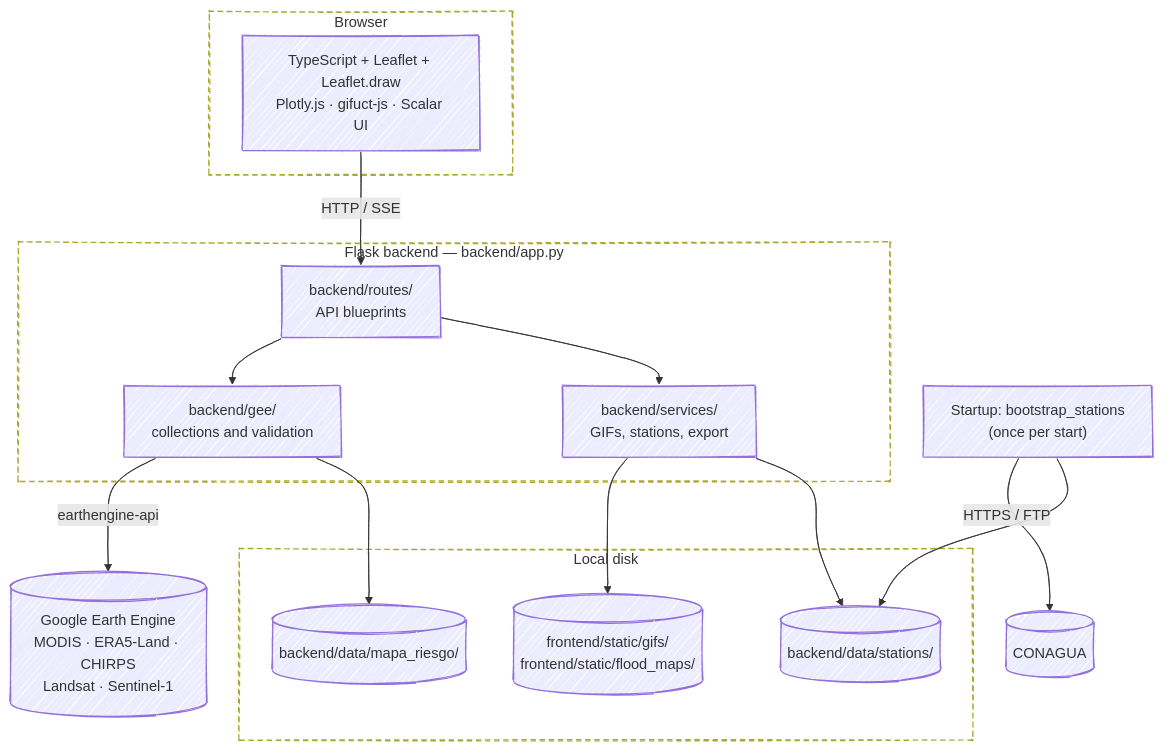
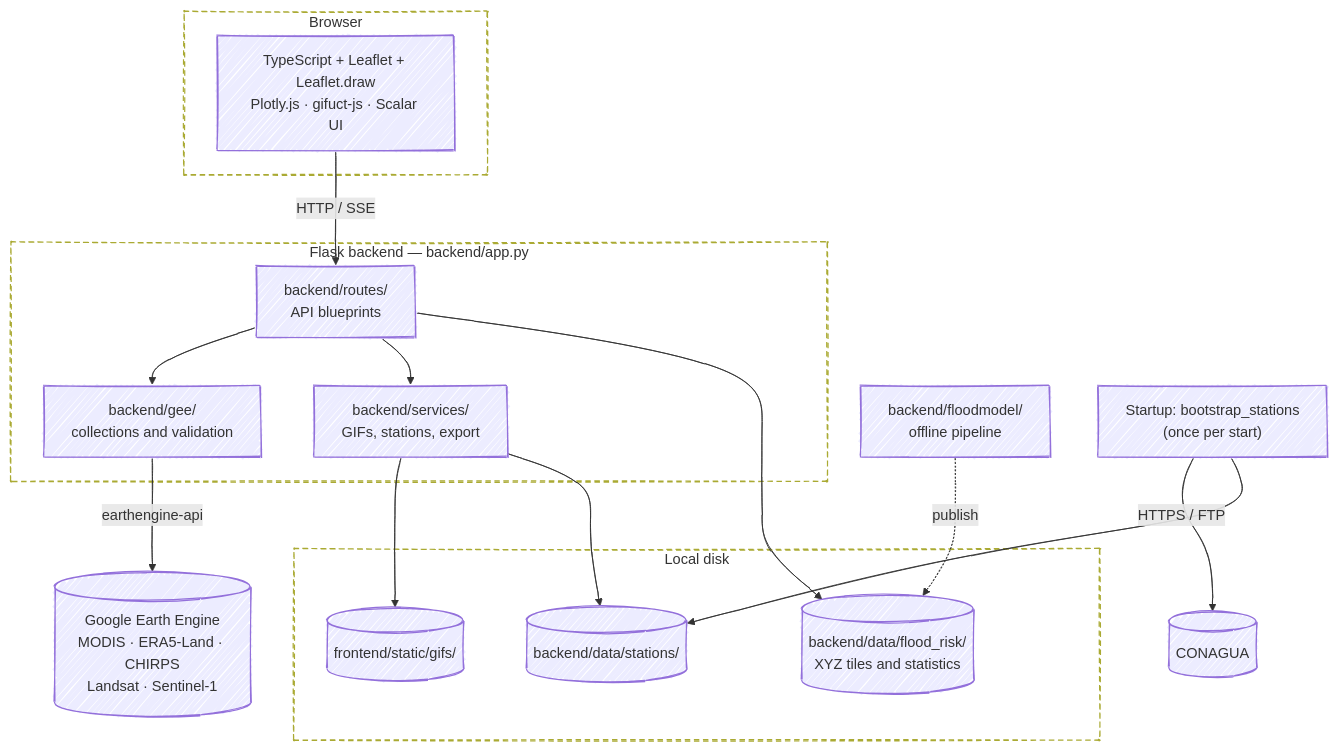
Before and after one commit to ElGuill3/distributionMapApp: the fifth of 7 diagrams in README.en.md, drawn with Mermaid. The commit also changed other lines of this file and 34 other files, not shown here.

First line of the commit message:
refactor(flood-risk)!: retire the per-municipality FHI risk maps

````diff
--- a/README.en.md
+++ b/README.en.md
@@ -328,32 +328,33 @@
 ```mermaid
 ---
 config:
   look: handDrawn
 ---
 flowchart TB
     subgraph browser["Browser"]
         ui["TypeScript + Leaflet + Leaflet.draw<br/>Plotly.js · gifuct-js · Scalar UI"]
     end
     subgraph flask["Flask backend — backend/app.py"]
         routes["backend/routes/<br/>API blueprints"]
         gee["backend/gee/<br/>collections and validation"]
         services["backend/services/<br/>GIFs, stations, export"]
         routes --> gee
         routes --> services
     end
     subgraph disk["Local disk"]
-        gifs[("frontend/static/gifs/<br/>frontend/static/flood_maps/")]
+        gifs[("frontend/static/gifs/")]
         stations[("backend/data/stations/")]
-        fhi[("backend/data/mapa_riesgo/")]
+        fhi[("backend/data/flood_risk/<br/>XYZ tiles and statistics")]
     end
     ui -- "HTTP / SSE" --> routes
     gee -- earthengine-api --> earth[("Google Earth Engine<br/>MODIS · ERA5-Land · CHIRPS<br/>Landsat · Sentinel-1")]
     services --> gifs
     services --> stations
-    gee --> fhi
+    routes --> fhi
+    pipeline["backend/floodmodel/<br/>offline pipeline"] -. "publish" .-> fhi
     boot["Startup: bootstrap_stations<br/>(once per start)"] -- "HTTPS / FTP" --> conagua[("CONAGUA")]
     boot --> stations
     style browser fill:transparent,stroke-dasharray:6 4
     style flask fill:transparent,stroke-dasharray:6 4
     style disk fill:transparent,stroke-dasharray:6 4
 ```
````
